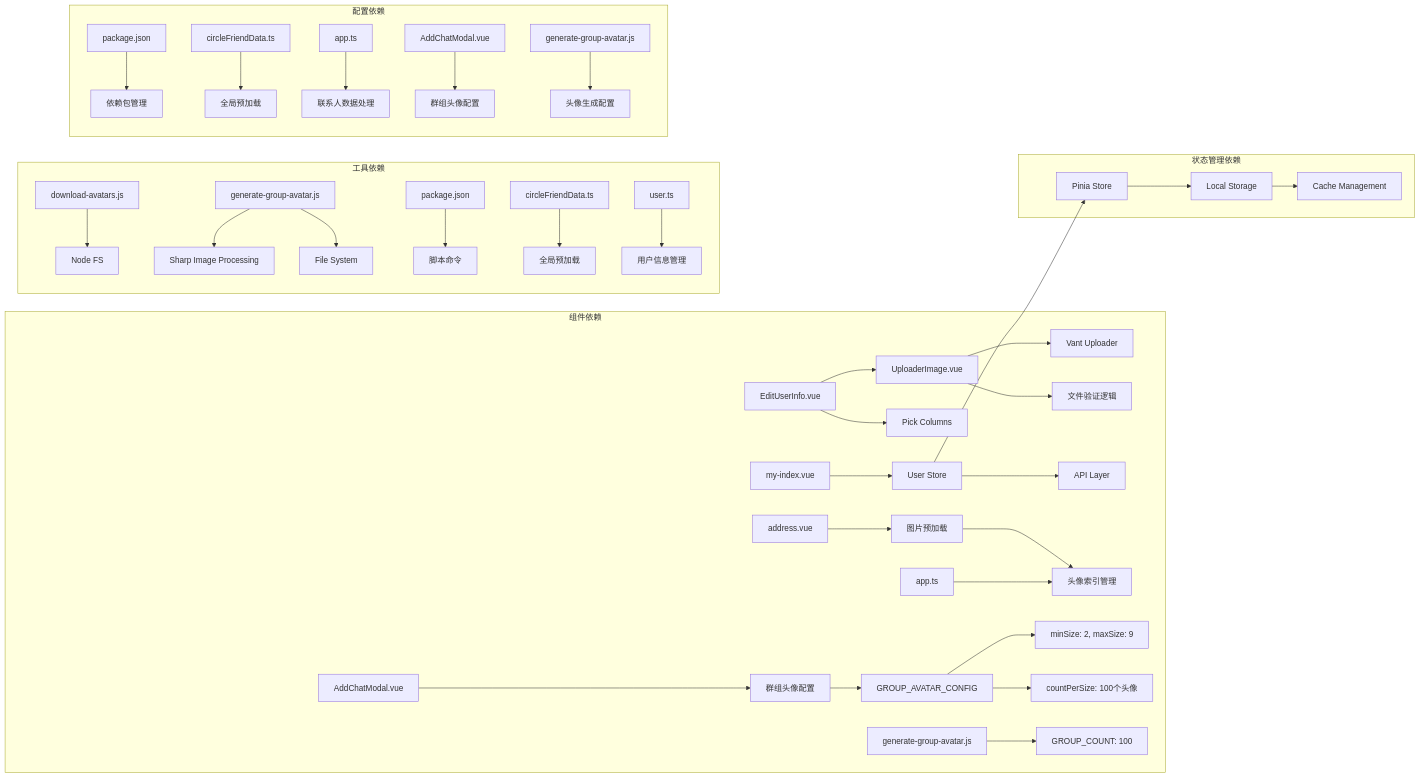
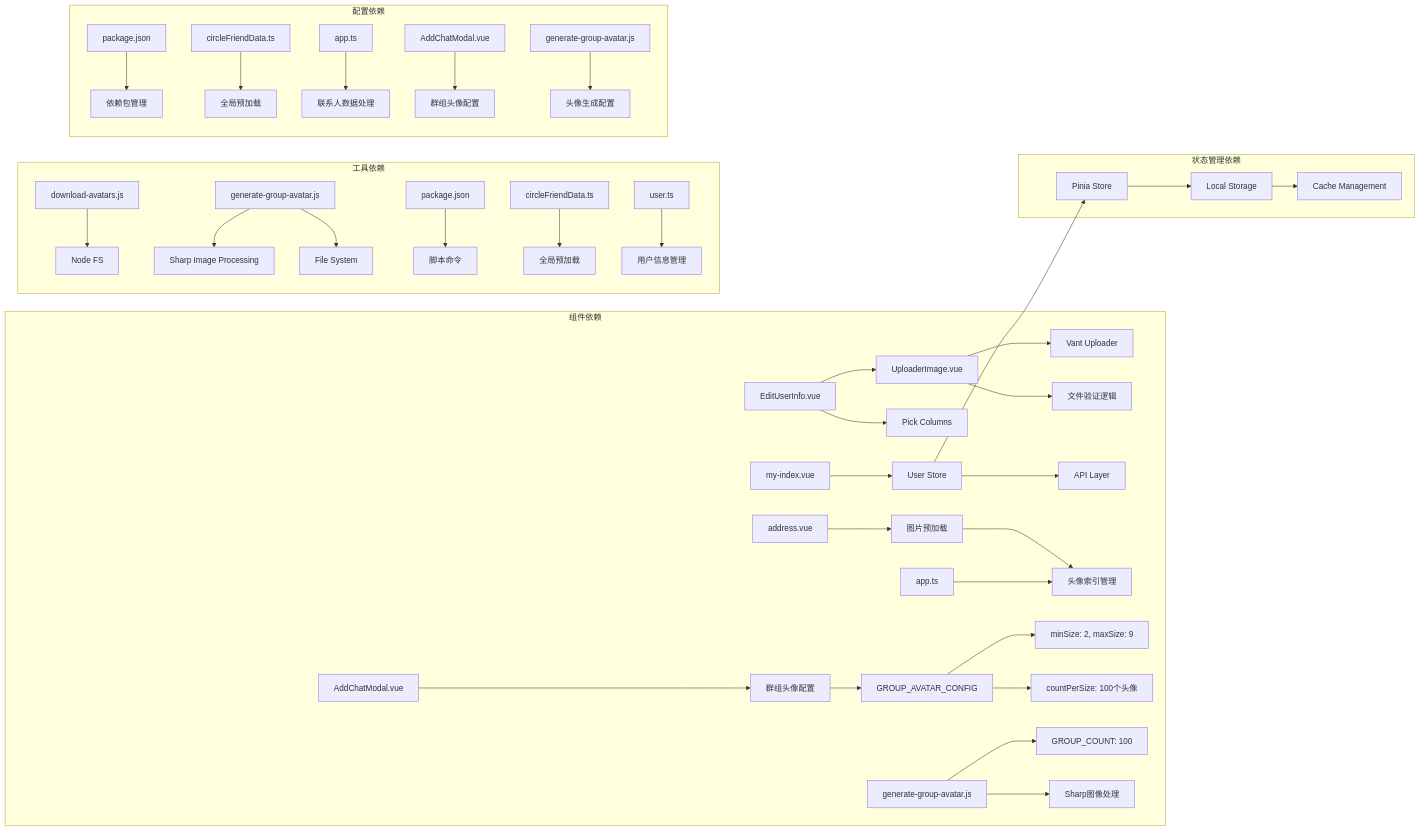
One commit to giserman001/vue3-vant4-mobile changed diagram 11 of 11 in .qoder/repowiki/zh/content/核心系统/头像管理系统.md. Above: the diagram before and after it, drawn with Mermaid. The commit also changed other lines of this file and 10 other files, not shown here.

````diff
--- a/.qoder/repowiki/zh/content/核心系统/头像管理系统.md
+++ b/.qoder/repowiki/zh/content/核心系统/头像管理系统.md
@@ -449,39 +453,40 @@
 ```mermaid
 graph LR
 subgraph "组件依赖"
 A[UploaderImage.vue] --> B[Vant Uploader]
 A --> C[文件验证逻辑]
 D[EditUserInfo.vue] --> A
 D --> E[Pick Columns]
 F[my-index.vue] --> G[User Store]
 G --> H[API Layer]
 I[address.vue] --> J[图片预加载]
 J --> K[头像索引管理]
 L[app.ts] --> K
 M[AddChatModal.vue] --> N[群组头像配置]
 N --> O[GROUP_AVATAR_CONFIG]
 O --> P[minSize: 2, maxSize: 9]
 O --> Q[countPerSize: 100个头像]
 R[generate-group-avatar.js] --> S[GROUP_COUNT: 100]
+R --> T[Sharp图像处理]
 end
 subgraph "状态管理依赖"
-G --> T[Pinia Store]
-T --> U[Local Storage]
-U --> V[Cache Management]
+G --> U[Pinia Store]
+U --> V[Local Storage]
+V --> W[Cache Management]
 end
 subgraph "工具依赖"
-W[download-avatars.js] --> X[Node FS]
-Y[generate-group-avatar.js] --> Z[Sharp Image Processing]
-Y --> AA[File System]
-AB[package.json] --> AC[脚本命令]
-AD[circleFriendData.ts] --> AE[全局预加载]
-AF[user.ts] --> AG[用户信息管理]
+X[download-avatars.js] --> Y[Node FS]
+Z[generate-group-avatar.js] --> AA[Sharp Image Processing]
+Z --> AB[File System]
+AC[package.json] --> AD[脚本命令]
+AE[circleFriendData.ts] --> AF[全局预加载]
+AG[user.ts] --> AH[用户信息管理]
 end
 subgraph "配置依赖"
-AH[package.json] --> AI[依赖包管理]
-AJ[circleFriendData.ts] --> AK[全局预加载]
-AL[app.ts] --> AM[联系人数据处理]
-AN[AddChatModal.vue] --> AO[群组头像配置]
-AP[generate-group-avatar.js] --> AQ[头像生成配置]
+AI[package.json] --> AJ[依赖包管理]
+AK[circleFriendData.ts] --> AL[全局预加载]
+AM[app.ts] --> AN[联系人数据处理]
+AO[AddChatModal.vue] --> AP[群组头像配置]
+AQ[generate-group-avatar.js] --> AR[头像生成配置]
 end
 ```
````
